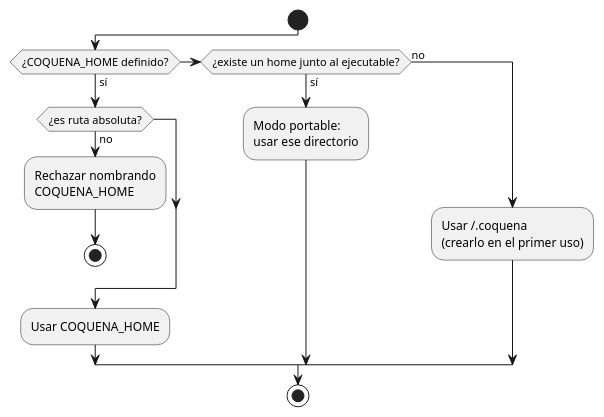
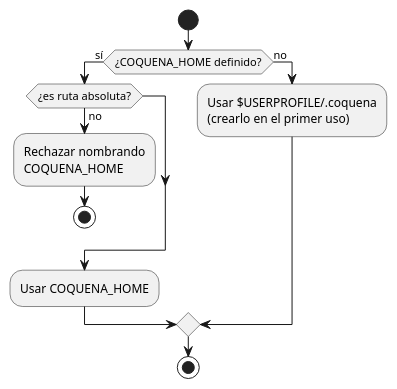
Before and after one commit to mstranich/coquena: the eighth of 8 diagrams in docs/comandos.md, drawn with PlantUML. The commit also changed other lines of this file and 7 other files, not shown here.

````diff
--- a/docs/comandos.md
+++ b/docs/comandos.md
@@ -363,17 +367,15 @@
 ```plantuml
 @startuml
 start
 if (¿COQUENA_HOME definido?) then (sí)
   if (¿es ruta absoluta?) then (no)
     :Rechazar nombrando\nCOQUENA_HOME;
     stop
   endif
   :Usar COQUENA_HOME;
-elseif (¿existe un home junto al ejecutable?) then (sí)
-  :Modo portable:\nusar ese directorio;
 else (no)
-  :Usar ~/.coquena\n(crearlo en el primer uso);
+  :Usar $USERPROFILE/.coquena\n(crearlo en el primer uso);
 endif
 stop
 @enduml
 ```
````
